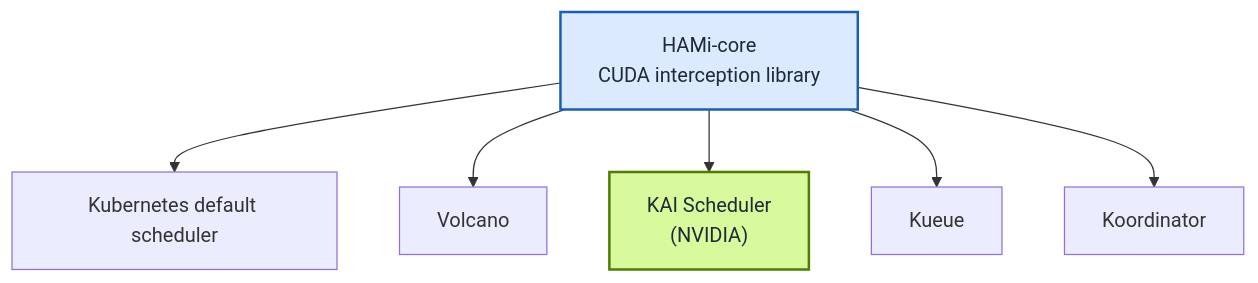
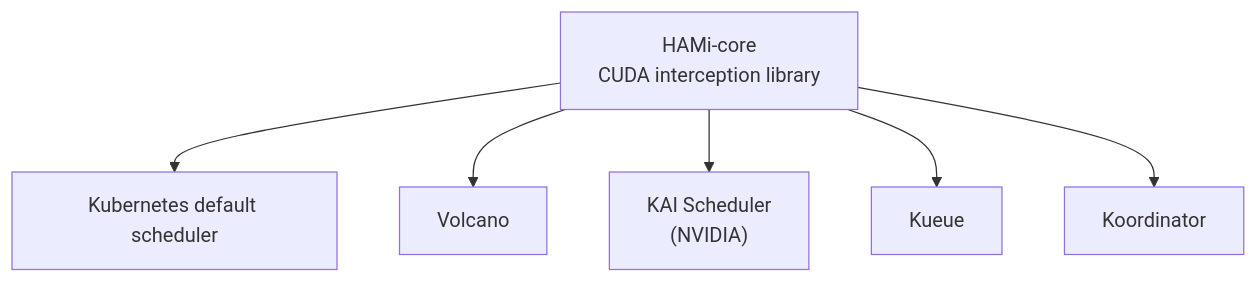
Before and after one commit to Project-HAMi/website: the third of 3 diagrams in blog/hami-core-adopted-by-nvidia-kai-scheduler/index.md, drawn with Mermaid. The commit also changed other lines of this file and 5 other files, not shown here.

Commit message:
fix(ui): make mermaid diagrams readable in dark mode

````diff
--- a/blog/hami-core-adopted-by-nvidia-kai-scheduler/index.md
+++ b/blog/hami-core-adopted-by-nvidia-kai-scheduler/index.md
@@ -192,14 +190,14 @@
 ```mermaid
 %% title: HAMi-core Scheduler Ecosystem
 graph TD
     HAMI["HAMi-core<br/>CUDA interception library"]
 
     HAMI --> K8S["Kubernetes default scheduler"]
     HAMI --> VOLCANO[Volcano]
     HAMI --> KAI["KAI Scheduler<br/>(NVIDIA)"]
     HAMI --> Kueue
     HAMI --> Koordinator
 
-    style HAMI fill:#dbeafe,stroke:#1a5fb4,stroke-width:2px,color:#1f2937
-    style KAI fill:#d9f99d,stroke:#4f7d00,stroke-width:2px,color:#1f2937
+    class HAMI info
+    class KAI kai
 ```
````
